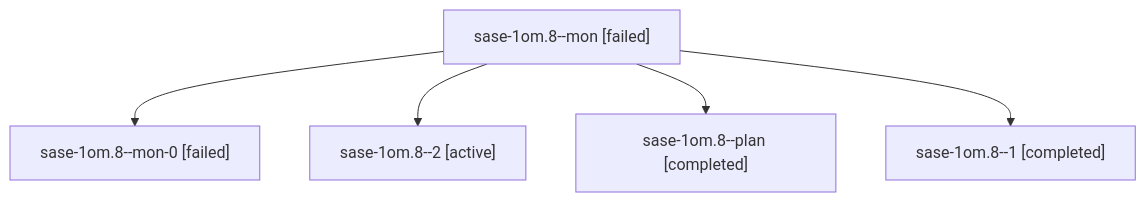
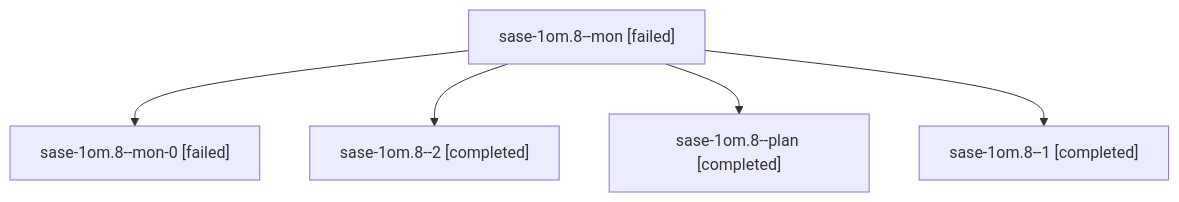
One commit to sase-org/sase--agents changed the diagram in sessions/bbugyi200.athena.sase-1om.8.md. Above: the diagram before and after it, drawn with Mermaid. The commit also changed other lines of this file and 63 other files, not shown here.

````diff
--- a/sessions/bbugyi200.athena.sase-1om.8.md
+++ b/sessions/bbugyi200.athena.sase-1om.8.md
@@ -9,12 +9,12 @@
 ```mermaid
 flowchart TD
   n0["sase-1om.8--mon [failed]"]
   n1["sase-1om.8--mon-0 [failed]"]
   n0 --> n1
-  n2["sase-1om.8--2 [active]"]
+  n2["sase-1om.8--2 [completed]"]
   n0 --> n2
   n3["sase-1om.8--plan [completed]"]
   n0 --> n3
   n4["sase-1om.8--1 [completed]"]
   n0 --> n4
 ```
````
